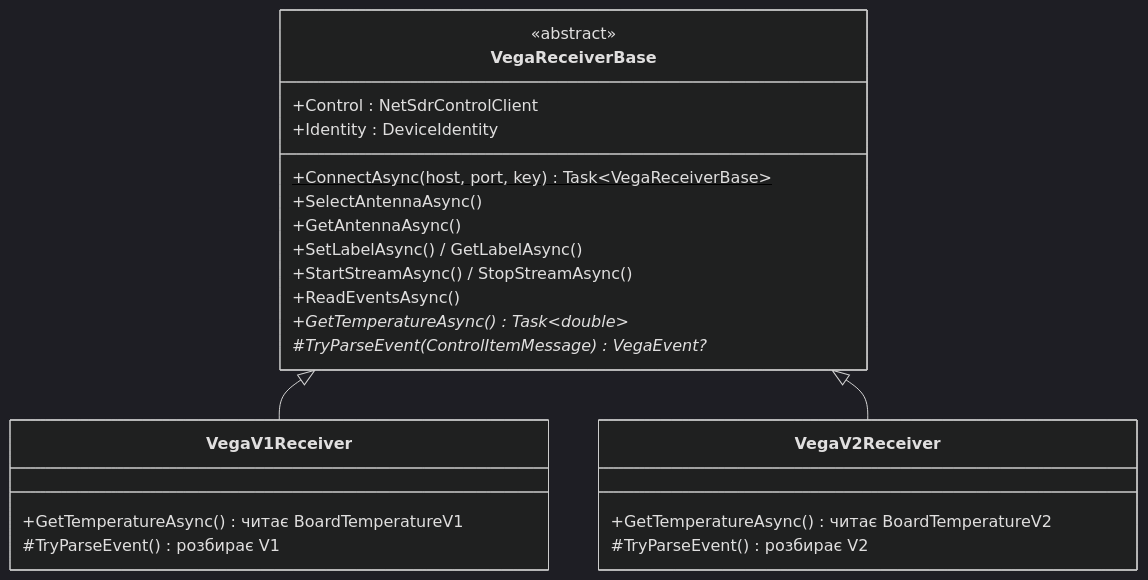
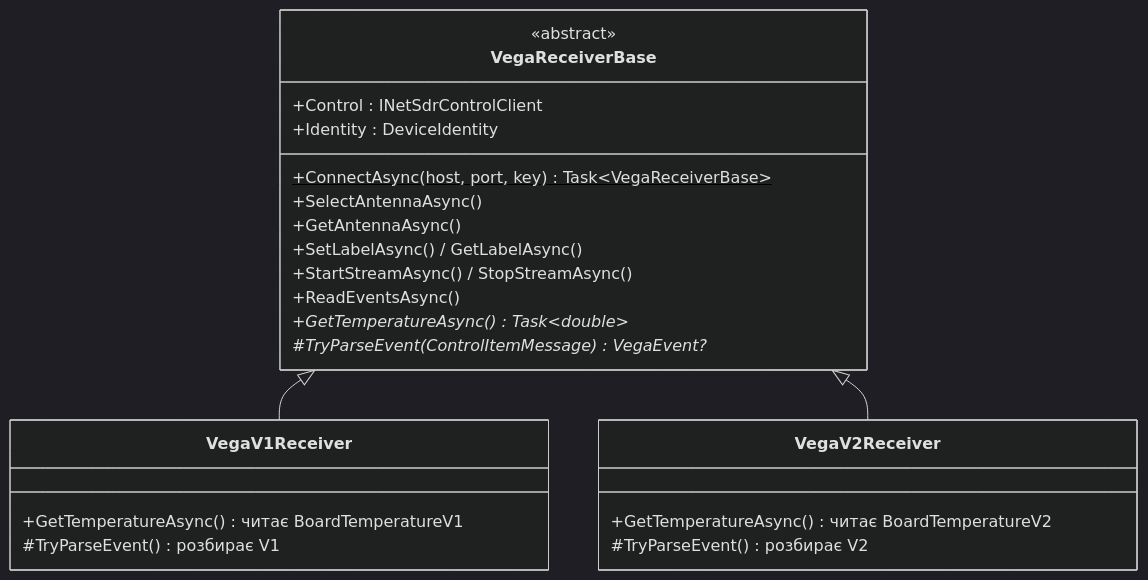
One commit to vadimart92/NetSdrClient changed the sixth of 6 diagrams in docs/superpowers/specs/2026-10-02-netsdr-device-identification-design.md. Above: the diagram before and after it, drawn with Mermaid (dark theme). The commit also changed other lines of this file and 4 other files, not shown here.

````diff
--- a/docs/superpowers/specs/2026-10-02-netsdr-device-identification-design.md
+++ b/docs/superpowers/specs/2026-10-02-netsdr-device-identification-design.md
@@ -378,26 +388,26 @@
 ```mermaid
 classDiagram
     class VegaReceiverBase {
         <<abstract>>
         +ConnectAsync(host, port, key)$ Task~VegaReceiverBase~
-        +Control : NetSdrControlClient
+        +Control : INetSdrControlClient
         +Identity : DeviceIdentity
         +SelectAntennaAsync()
         +GetAntennaAsync()
         +SetLabelAsync() / GetLabelAsync()
         +StartStreamAsync() / StopStreamAsync()
         +ReadEventsAsync()
         +GetTemperatureAsync()* Task~double~
         #TryParseEvent(ControlItemMessage)* VegaEvent?
     }
     class VegaV1Receiver {
         +GetTemperatureAsync() читає BoardTemperatureV1
         #TryParseEvent() розбирає V1
     }
     class VegaV2Receiver {
         +GetTemperatureAsync() читає BoardTemperatureV2
         #TryParseEvent() розбирає V2
     }
     VegaReceiverBase <|-- VegaV1Receiver
     VegaReceiverBase <|-- VegaV2Receiver
 ```
````
